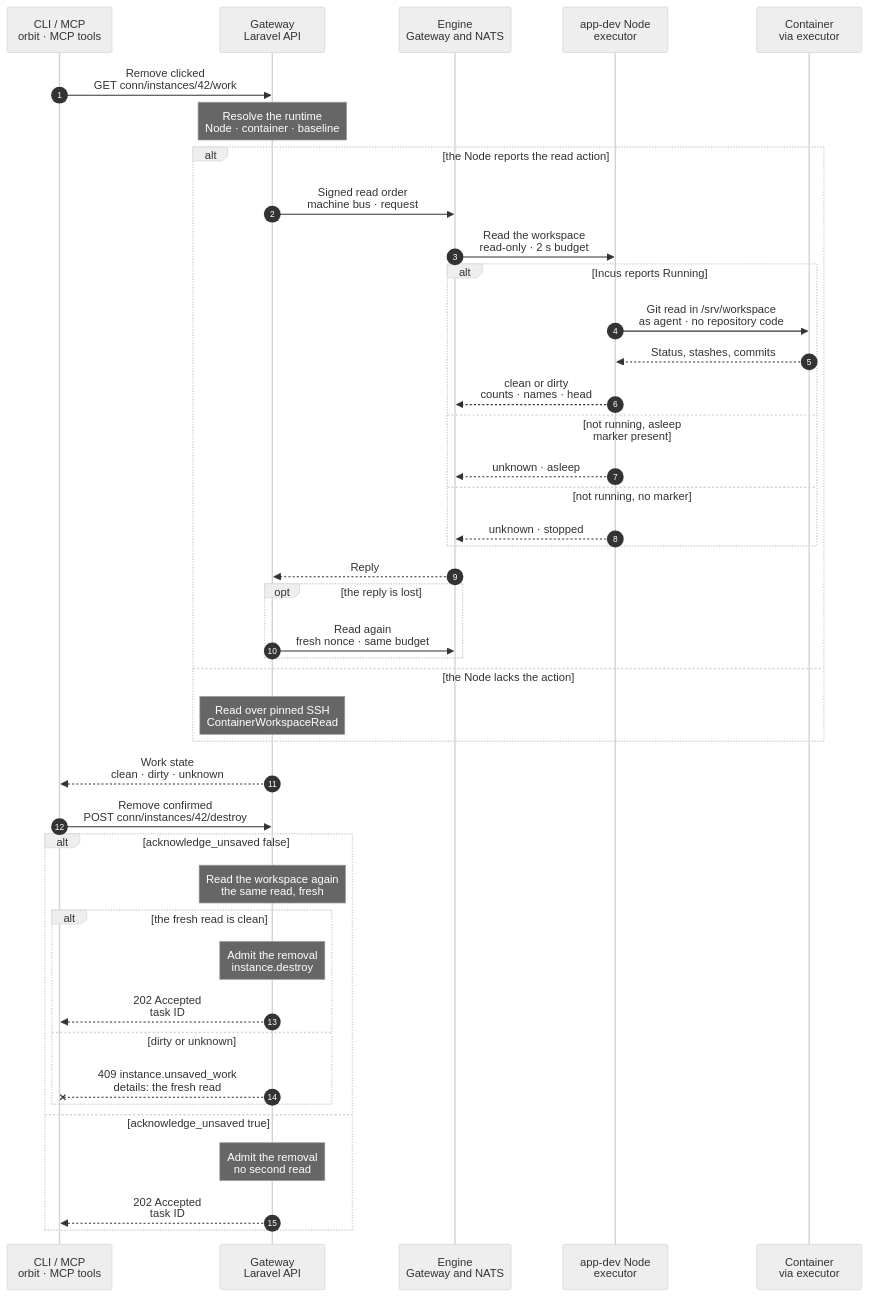
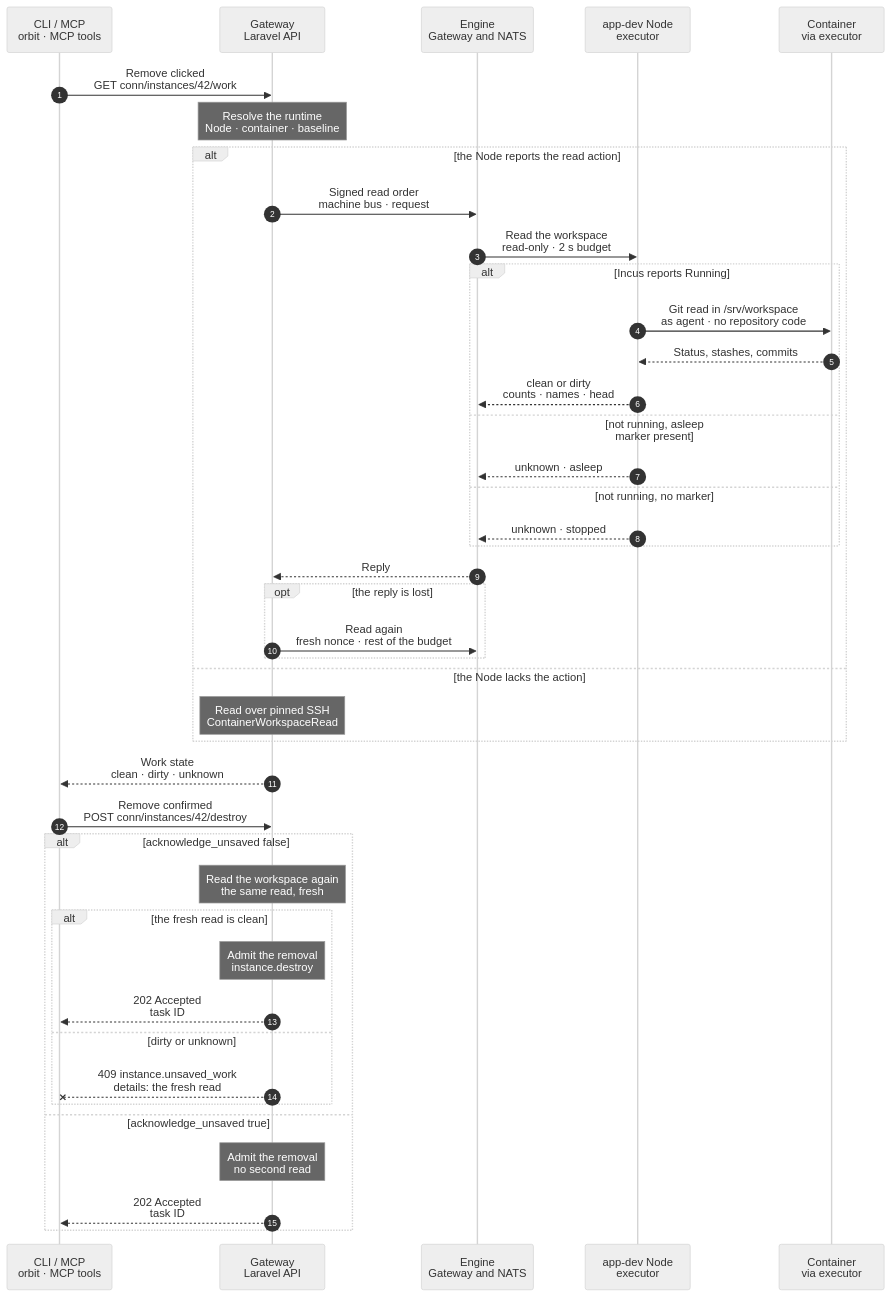
One commit to hardimpactdev/orbit changed the diagram in docs/cli/instance/container/work-read-engine.mmd. Above: the diagram before and after it, drawn with Mermaid (neutral theme). The commit also changed 4 other files, not shown here.

Commit message:
Document the signed workspace read and mark its chart built

```diff
--- a/docs/cli/instance/container/work-read-engine.mmd
+++ b/docs/cli/instance/container/work-read-engine.mmd
@@ -1,68 +1,69 @@
 sequenceDiagram
-  %% The workspace unsaved-work read that Conn's Remove opens (GET /api/v1/conn/instances/{instance}/work, ContainerWorkspaceRead) as a signed executor read. Design for ADR 0267 and ADR 0271; no engine flow exists yet. Step names describe effects; the implementation settles action names unless an existing action is named.
+  %% The workspace unsaved-work read that Conn's Remove opens (GET /api/v1/conn/instances/{instance}/work, ContainerWorkspaceRead) as a signed executor read (ADR 0267, ADR 0271): the executor action `instance.work_read`, sent as a core NATS request to `orbit.node.<node>.reads` (docs/reference/executor.md#signed-reads). Built; runtime proof pending.
   %% Documented exception: this is a synchronous read and no Operation, so it has no kind of its own. It carries `instance.destroy`, the Operation whose Remove it gates, so instance/destroy.mdx can place it beside instance/container/destroy-engine.mmd.
   %% Answer contract unchanged (docs/reference/development-containers.md#workspace-work-state): state clean, dirty or unknown; unknown carries a reason from stopped, asleep, timeout, not_a_repository, unreachable.
-  %% status: draft
+  %% status: built
   %% command: instance:destroy
   %% kind: instance.destroy
   autonumber
   %% lane CLI icon=terminal pill=caller tone=gray
   %% lane GW icon=gateway pill=intent tone=blue
   %% lane EN icon=workflow pill=engine tone=purple
   %% lane N icon=server pill=executor tone=amber
   %% lane C icon=server pill=copy tone=green
   participant CLI as CLI / MCP<br/>orbit · MCP tools
   participant GW as Gateway<br/>Laravel API
   participant EN as Engine<br/>Gateway and NATS
   participant N as app-dev Node<br/>executor
   participant C as Container<br/>via executor
   CLI->>GW: Remove clicked<br/>GET conn/instances/42/work
   %%> Conn reads afresh on every Remove click; no answer is cached or reused
   Note over GW: Resolve the runtime<br/>Node · container · baseline
   %%> The recorded baseline, or the default's container for an Instance without one; the published commits (a task copy's publish)
   alt the Node reports the read action
     %%> No Operation, no lock and no engine decision: the Gateway signs one read order and waits for its reply within the request's 4 s budget
     GW->>EN: Signed read order<br/>machine bus · request
     EN->>N: Read the workspace<br/>read-only · 2 s budget
-    %%> Target: Instance 42; the order changes nothing, so the executor needs no journal result to repeat
+    %%> Target: Instance 42; the order changes nothing, so the executor writes no journal record, takes no target lock and stores no result; its nonce map still refuses the same order twice
+    %%> A recorded baseline and the published commits travel as content the order names by its hash (KV_CONTENT): a baseline may name 2,000 untracked files, beyond the order's 4 KB
     alt Incus reports Running
       N->>C: Git read in /srv/workspace<br/>as agent · no repository code
       %%> The fixed reader of workspace-git-read.py: status, untracked set, stashes, commits beyond the baseline and the published commits; no hooks, no fsmonitor, no write to the index
       %%> A running copy is always read, also when an asleep marker is present: the marker never hides a dirty workspace
       C-->>N: Status, stashes, commits
       N-->>EN: clean or dirty<br/>counts · names · head
     else not running, asleep marker present
       N-->>EN: unknown · asleep
       %%> As today: the marker only tells asleep from stopped for a copy that is not running; it is not woken to read it
     else not running, no marker
       N-->>EN: unknown · stopped
     end
     EN-->>GW: Reply
     opt the reply is lost
-      GW->>EN: Read again<br/>fresh nonce · same budget
-      %%> A read has no effect, so a second send is harmless; a reply still missing at the budget's end is `unknown` `timeout`
+      GW->>EN: Read again<br/>fresh nonce · rest of the budget
+      %%> A read has no effect, so a second send is harmless. The first send waits 2.5 s (the Node's 2 s and 0.5 s for the reply); the one re-read gets what is left of the 4 s with a Node budget 0.5 s shorter. A reply still missing then is `unknown` `timeout`; an order that expired before it ran is `timeout` too
     end
   else the Node lacks the action
     Note over GW: Read over pinned SSH<br/>ContainerWorkspaceRead
     %%> Today's path, with the same answer shape; nothing else differs
   end
   GW-->>CLI: Work state<br/>clean · dirty · unknown
   %%> `unknown` only for a real read failure (timeout, not_a_repository, unreachable) or the stopped and asleep states above; never for a dirty or clean workspace
   %%> The dialog's answer authorizes nothing: work can change before the user confirms
   CLI->>GW: Remove confirmed<br/>POST conn/instances/42/destroy
   %%> Body `{"acknowledge_unsaved": bool}` (DestroyConnInstanceAction)
   alt acknowledge_unsaved false
     Note over GW: Read the workspace again<br/>the same read, fresh
     %%> ConnInstanceWorkState::assertRemovalSafe: an independent fresh read, by the same executor or SSH path as above, inside this request; still no Operation
     alt the fresh read is clean
       Note over GW: Admit the removal<br/>instance.destroy
       %%> instance/container/destroy-engine.mmd, or instance/destroy.mmd on Swamp
       GW-->>CLI: 202 Accepted<br/>task ID
     else dirty or unknown
       GW--xCLI: 409 instance.unsaved_work<br/>details: the fresh read
       %%> Nothing is recorded; Conn asks again, and only an acknowledged POST removes unsaved work
     end
   else acknowledge_unsaved true
     Note over GW: Admit the removal<br/>no second read
     GW-->>CLI: 202 Accepted<br/>task ID
   end
```
